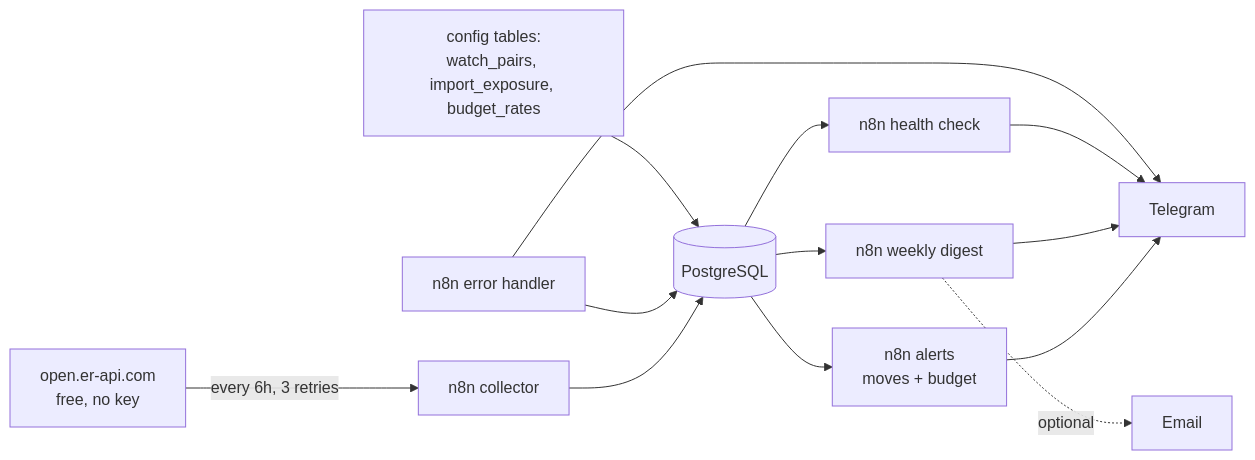
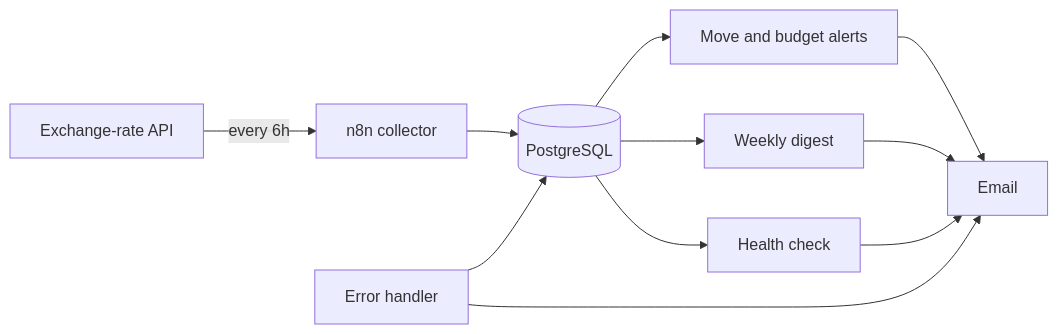
The diagram in README.md (chaimaarfaoui-ui/fx-watcher), drawn with Mermaid before and after one commit. The commit also changed other lines of this file, not shown here.

````diff
--- a/README.md
+++ b/README.md
@@ -22,15 +21,13 @@
 ```mermaid
 flowchart LR
-    A[open.er-api.com<br/>free, no key] -->|every 6h, 3 retries| B[n8n collector]
+    A[Exchange-rate API] -->|every 6h| B[n8n collector]
     B --> C[(PostgreSQL)]
-    C --> D[n8n alerts<br/>moves + budget]
-    C --> E[n8n weekly digest]
-    C --> F[n8n health check]
-    D --> T[Telegram]
-    E --> T
-    E -.optional.-> M[Email]
-    F --> T
-    X[n8n error handler] --> C
-    X --> T
-    G[config tables:<br/>watch_pairs, import_exposure, budget_rates] --> C
+    C --> D[Move and budget alerts]
+    C --> E[Weekly digest]
+    C --> F[Health check]
+    D --> M[Email]
+    E --> M
+    F --> M
+    X[Error handler] --> C
+    X --> M
 ```
````
